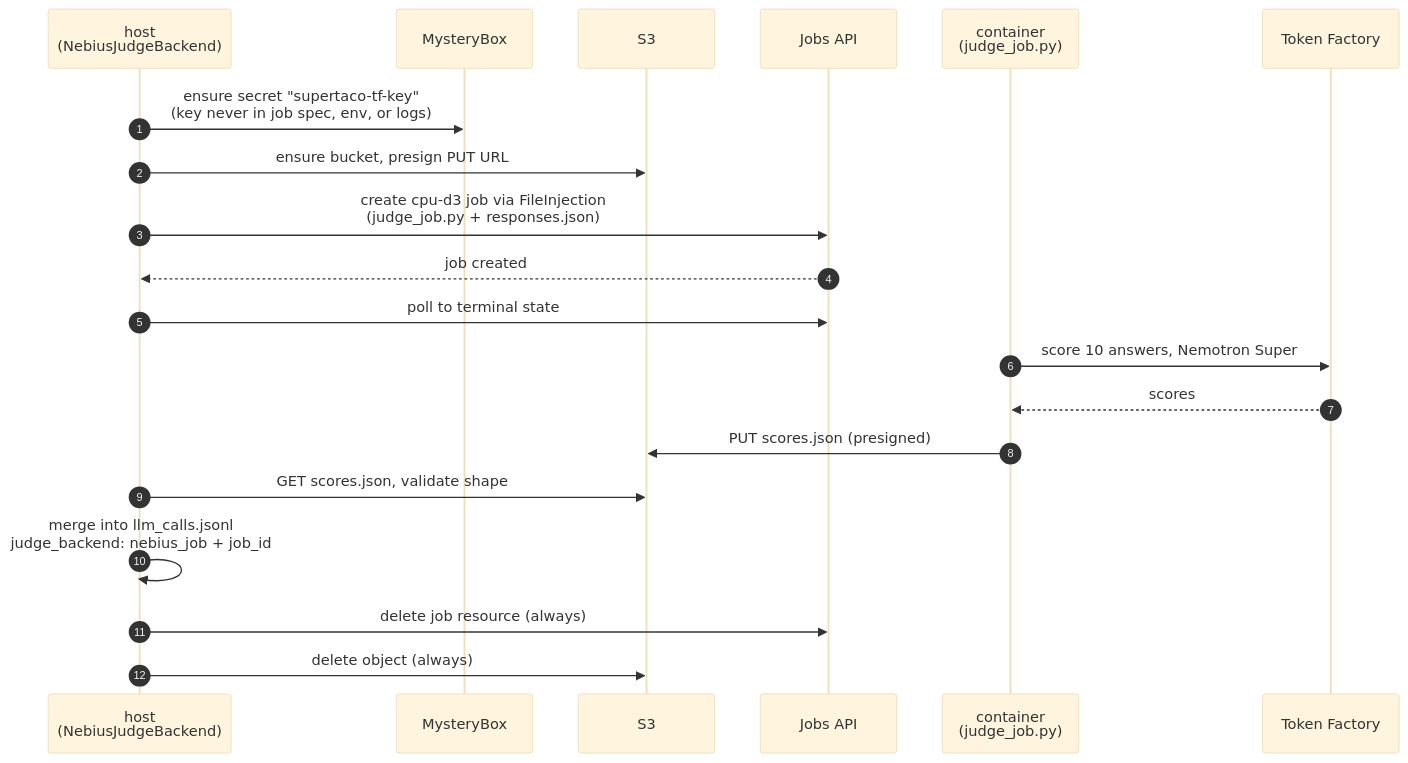
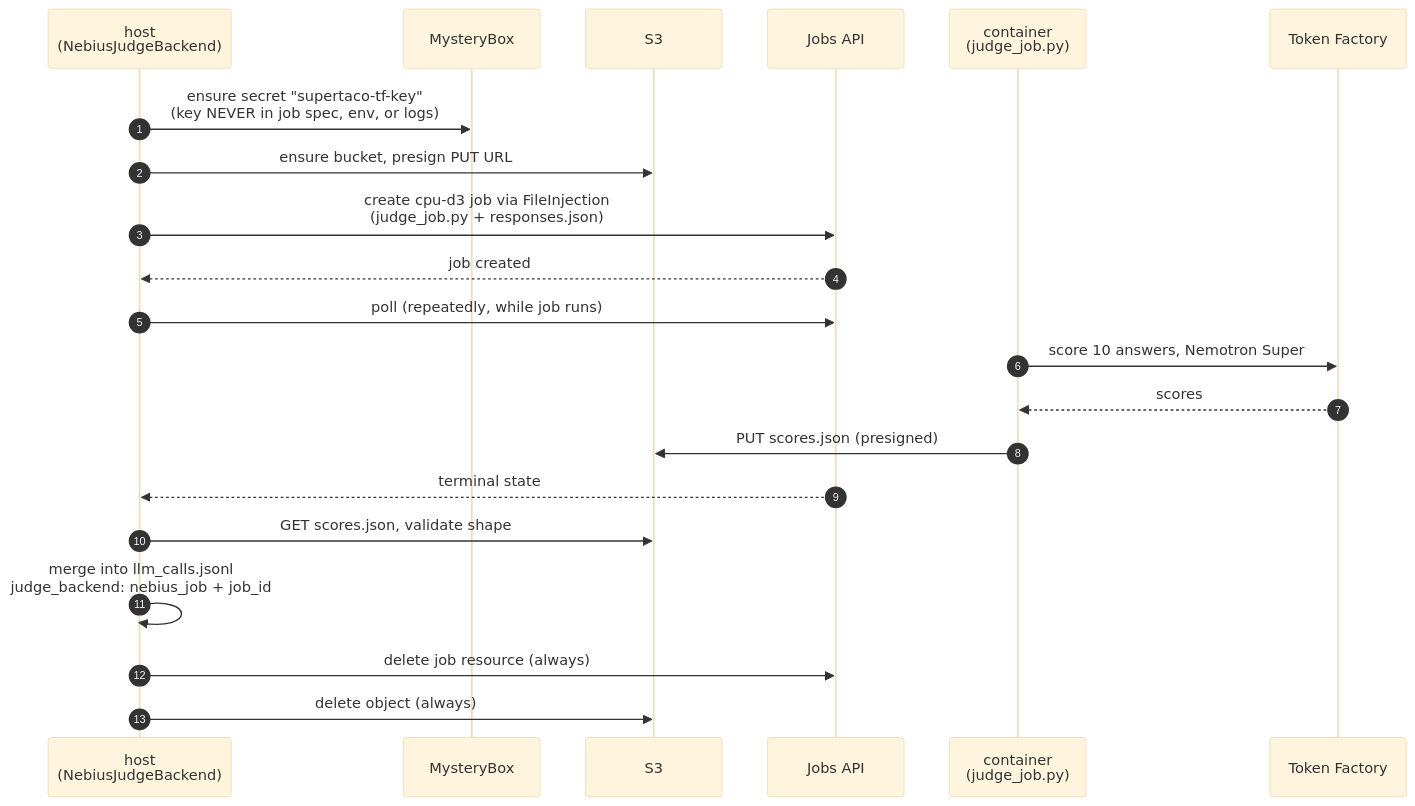
One commit to 1tsDaksh/supertaco changed the second of 3 diagrams in README.md. Above: the diagram before and after it, drawn with Mermaid (base theme). The commit also changed other lines of this file, not shown here.

Commit message:
docs(readme): fix judge prose numbering reference, clarify poll concurrency, NEVER caps

````diff
--- a/README.md
+++ b/README.md
@@ -80,23 +80,24 @@
 ```mermaid
 sequenceDiagram
     autonumber
     participant H as host<br/>(NebiusJudgeBackend)
     participant MB as MysteryBox
     participant S3 as S3
     participant J as Jobs API
     participant C as container<br/>(judge_job.py)
     participant TF as Token Factory
 
-    H->>MB: ensure secret "supertaco-tf-key"<br/>(key never in job spec, env, or logs)
+    H->>MB: ensure secret "supertaco-tf-key"<br/>(key NEVER in job spec, env, or logs)
     H->>S3: ensure bucket, presign PUT URL
     H->>J: create cpu-d3 job via FileInjection<br/>(judge_job.py + responses.json)
     J-->>H: job created
-    H->>J: poll to terminal state
+    H->>J: poll (repeatedly, while job runs)
     C->>TF: score 10 answers, Nemotron Super
     TF-->>C: scores
     C->>S3: PUT scores.json (presigned)
+    J-->>H: terminal state
     H->>S3: GET scores.json, validate shape
     H->>H: merge into llm_calls.jsonl<br/>judge_backend: nebius_job + job_id
     H->>J: delete job resource (always)
     H->>S3: delete object (always)
 ```
````
